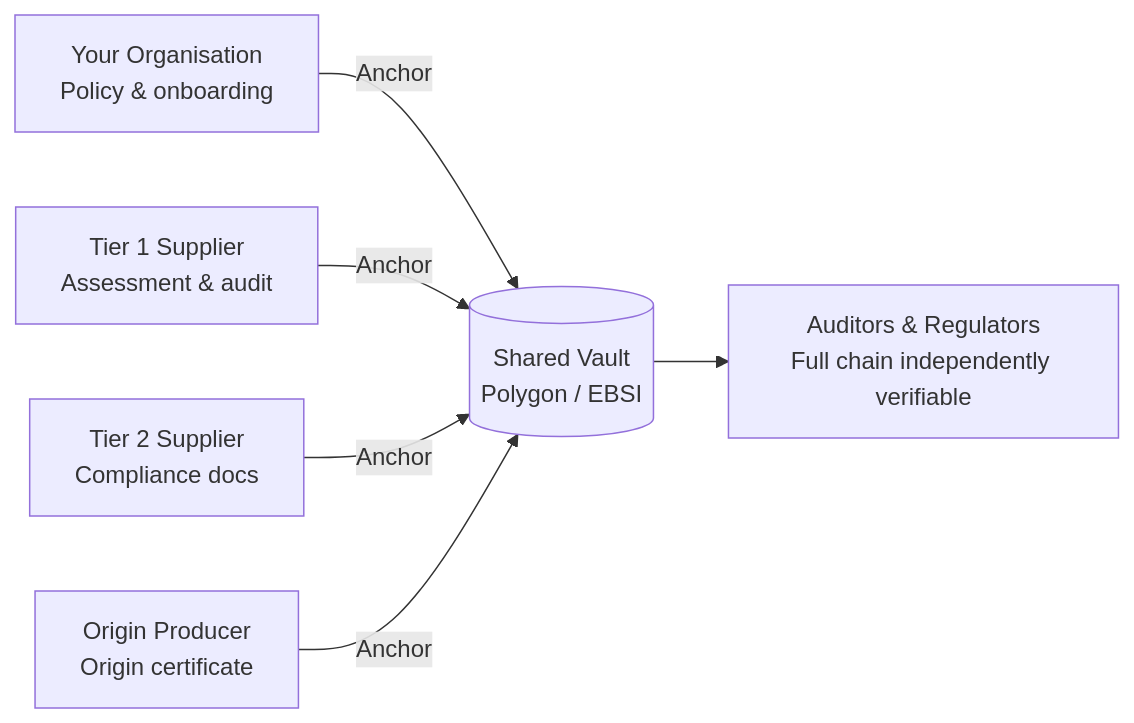
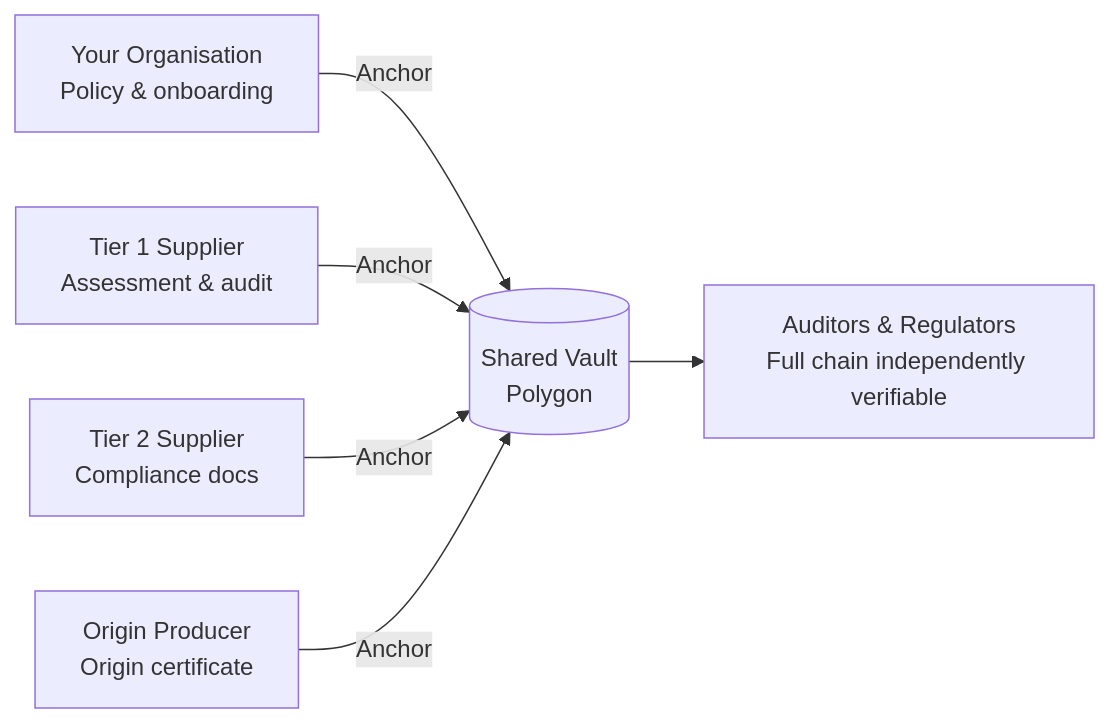
Before and after one commit to ROOT-Key/docs: the diagram in compliance/eu/csddd.mdx, drawn with Mermaid. The commit also changed 27 other files, not shown here.

````diff
--- a/compliance/eu/csddd.mdx
+++ b/compliance/eu/csddd.mdx
@@ -68,8 +68,8 @@
 ```mermaid
 flowchart LR
     A[Your Organisation\nPolicy & onboarding] -->|Anchor| V
     B[Tier 1 Supplier\nAssessment & audit] -->|Anchor| V
     C[Tier 2 Supplier\nCompliance docs] -->|Anchor| V
     D[Origin Producer\nOrigin certificate] -->|Anchor| V
-    V[(Shared Vault\nPolygon / EBSI)] --> E[Auditors & Regulators\nFull chain independently verifiable]
+    V[(Shared Vault\nPolygon)] --> E[Auditors & Regulators\nFull chain independently verifiable]
 ```
````
